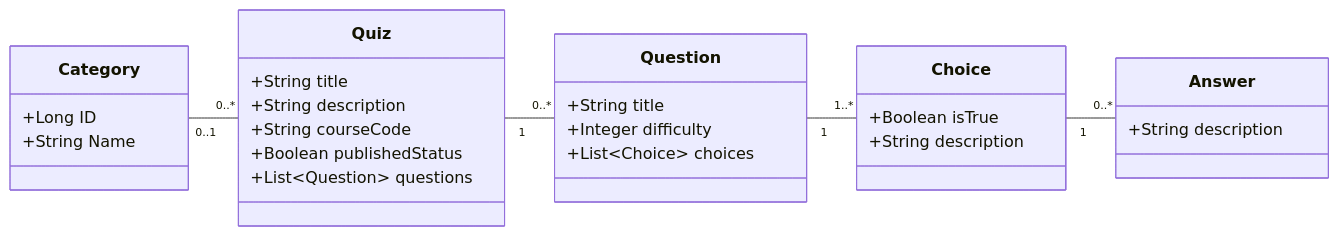
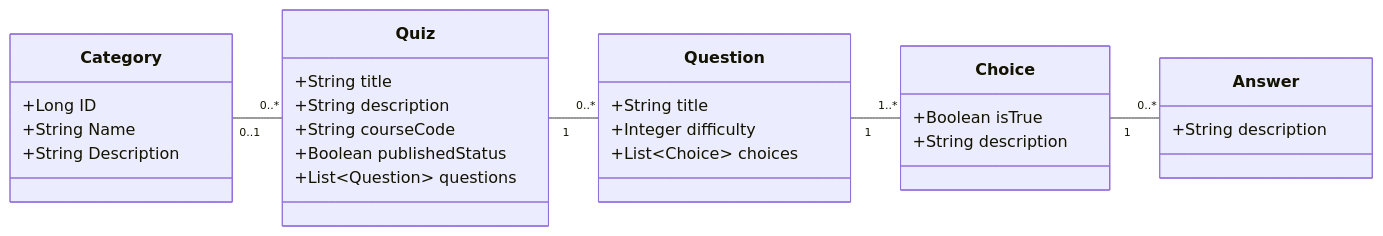
One commit to FullFlip/Quizzer changed the diagram in README.md. Above: the diagram before and after it, drawn with Mermaid.

````diff
--- a/README.md
+++ b/README.md
@@ -17,38 +17,39 @@
 ```mermaid
 classDiagram
 direction LR
 
 class Category {
   +Long ID
   +String Name
+  +String Description
 }
 
 class Quiz {
   +String title
   +String description
   +String courseCode
   +Boolean publishedStatus
   +List~Question~ questions
 }
 
 class Question {
   +String title
   +Integer difficulty
   +List~Choice~ choices
 }
 
 class Choice {
   +Boolean isTrue
   +String description
 }
 
 class Answer {
   +String description
 }
 
 Category "0..1" -- "0..*" Quiz
 Quiz     "1"    -- "0..*" Question
 Question "1"    -- "1..*" Choice
 Choice   "1"    -- "0..*" Answer
 
 ```
````
